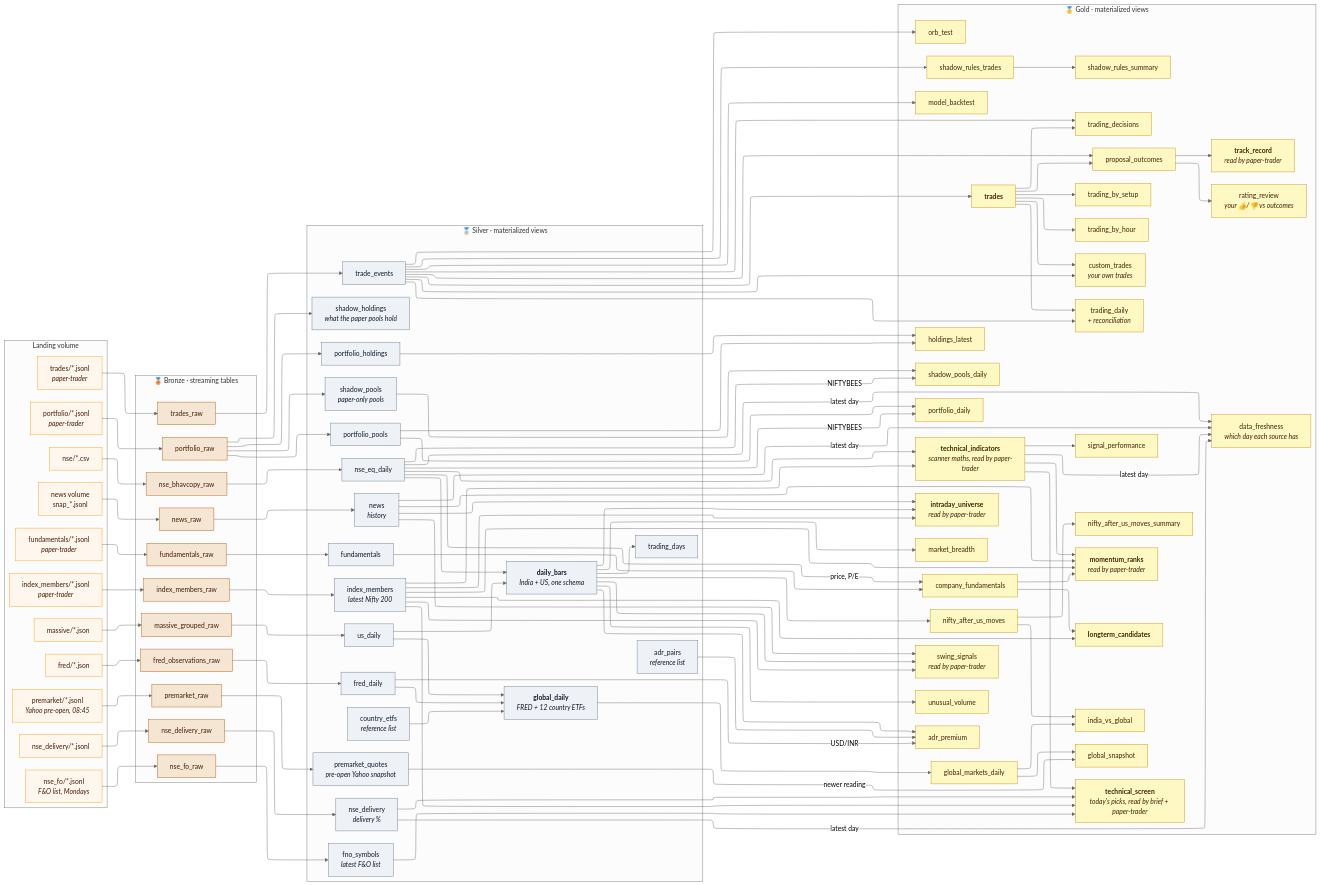
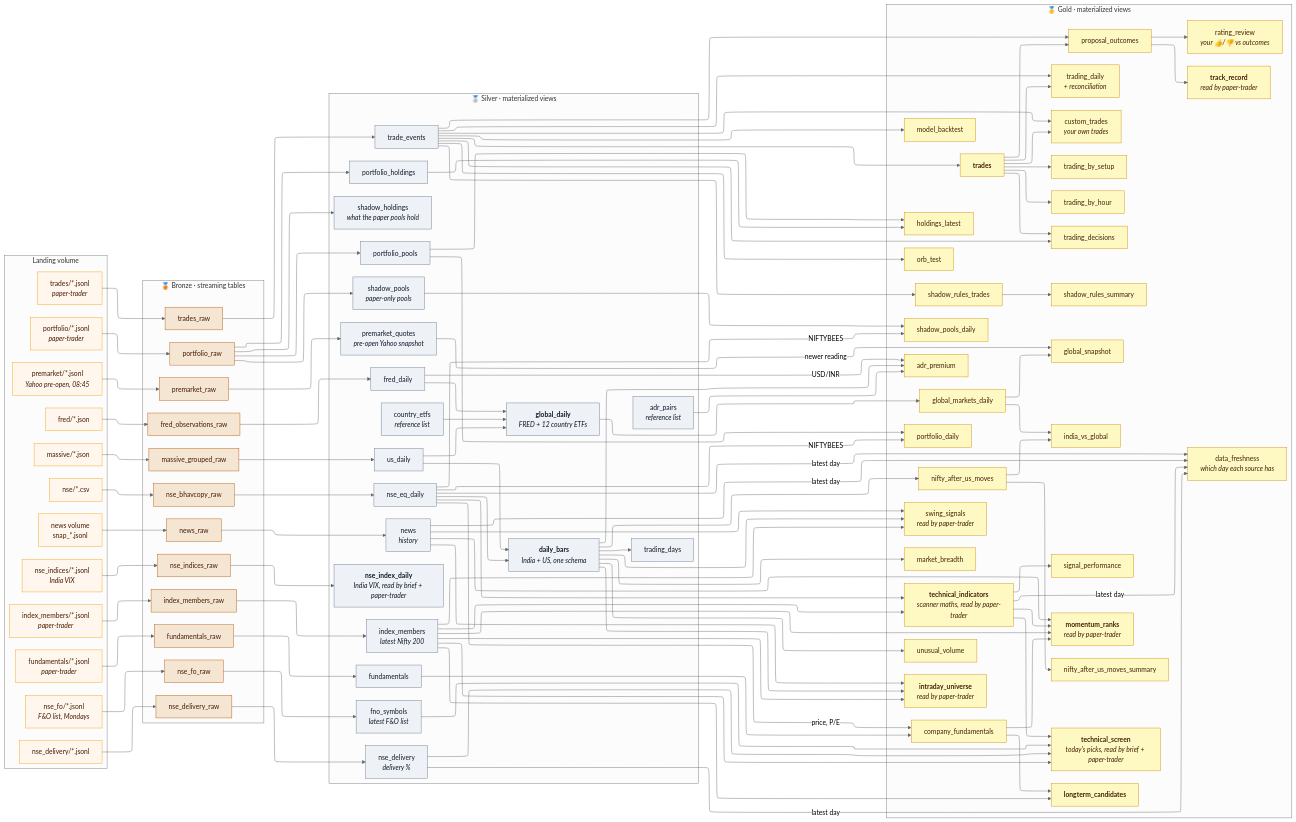
Before and after one commit to bumblebee26/stocks_lakehouse: the diagram in docs/diagrams/03_lineage.mmd, drawn with Mermaid (neutral theme). The commit also changed 19 other files, not shown here.

First line of the commit message:
Docs: NSE index file (India VIX), new paper-test labels and Intraday tables, shared plan (#66)

```diff
--- a/docs/diagrams/03_lineage.mmd
+++ b/docs/diagrams/03_lineage.mmd
@@ -1,173 +1,177 @@
 ---
 config:
   layout: elk
   elk:
     mergeEdges: false
     nodePlacementStrategy: NETWORK_SIMPLEX
 ---
 flowchart LR
     subgraph LAND["Landing volume"]
         direction TB
         LN["nse/*.csv"]
         LD["nse_delivery/*.jsonl"]
+        LX["nse_indices/*.jsonl<br/><i>India VIX</i>"]
         LO["nse_fo/*.jsonl<br/><i>F&amp;O list, Mondays</i>"]
         LM["massive/*.json"]
         LF["fred/*.json"]
         LY["premarket/*.jsonl<br/><i>Yahoo pre-open, 08:45</i>"]
         LT["trades/*.jsonl<br/><i>paper-trader</i>"]
         LP["portfolio/*.jsonl<br/><i>paper-trader</i>"]
         LU["fundamentals/*.jsonl<br/><i>paper-trader</i>"]
         LI["index_members/*.jsonl<br/><i>paper-trader</i>"]
         LW["news volume<br/>snap_*.jsonl"]
     end
 
     subgraph B["🥉 Bronze · streaming tables"]
         direction TB
         B1["nse_bhavcopy_raw"]
         B2["massive_grouped_raw"]
         B3["fred_observations_raw"]
         B4["trades_raw"]
         B5["portfolio_raw"]
         B6["fundamentals_raw"]
         B7["index_members_raw"]
         B8["news_raw"]
         B9["nse_delivery_raw"]
         B10["nse_fo_raw"]
         B11["premarket_raw"]
+        B12["nse_indices_raw"]
     end
 
     subgraph S["🥈 Silver · materialized views"]
         direction TB
         S1["nse_eq_daily"]
         S2["us_daily"]
         S3["<b>daily_bars</b><br/><i>India + US, one schema</i>"]
         S4["trading_days"]
         S5["fred_daily"]
         S6["<b>global_daily</b><br/><i>FRED + 12 country ETFs</i>"]
         S7["trade_events"]
         S8["portfolio_pools"]
         S9["portfolio_holdings"]
         S10["fundamentals"]
         S11["index_members<br/><i>latest Nifty 200</i>"]
         S12["news<br/><i>history</i>"]
         S13["country_etfs<br/><i>reference list</i>"]
         S14["adr_pairs<br/><i>reference list</i>"]
         S15["shadow_pools<br/><i>paper-only pools</i>"]
         S16["nse_delivery<br/><i>delivery %</i>"]
         S17["fno_symbols<br/><i>latest F&amp;O list</i>"]
         S18["shadow_holdings<br/><i>what the paper pools hold</i>"]
         S19["premarket_quotes<br/><i>pre-open Yahoo snapshot</i>"]
+        S20["<b>nse_index_daily</b><br/><i>India VIX, read by brief + paper-trader</i>"]
     end
 
     subgraph G["🥇 Gold · materialized views"]
         direction TB
         G1["unusual_volume"]
         G2["market_breadth"]
         G3["nifty_after_us_moves"]
         G4["nifty_after_us_moves_summary"]
         G5["adr_premium"]
         G6["global_markets_daily"]
         G7["global_snapshot"]
         G8["india_vs_global"]
         G9["<b>trades</b>"]
         G10["trading_daily<br/><i>+ reconciliation</i>"]
         G11["trading_by_setup"]
         G12["trading_by_hour"]
         G13["trading_decisions"]
         G14["portfolio_daily"]
         G15["holdings_latest"]
         G16["company_fundamentals"]
         G17["<b>longterm_candidates</b>"]
         G18["proposal_outcomes"]
         G19["<b>track_record</b><br/><i>read by paper-trader</i>"]
         G20["custom_trades<br/><i>your own trades</i>"]
         G21["<b>intraday_universe</b><br/><i>read by paper-trader</i>"]
         G22["swing_signals<br/><i>read by paper-trader</i>"]
         G23["shadow_pools_daily"]
         G24["<b>technical_indicators</b><br/><i>scanner maths, read by paper-trader</i>"]
         G25["<b>technical_screen</b><br/><i>today's picks, read by brief + paper-trader</i>"]
         G26["signal_performance"]
         G27["data_freshness<br/><i>which day each source has</i>"]
         G28["rating_review<br/><i>your 👍/👎 vs outcomes</i>"]
         G29["shadow_rules_trades"]
         G30["shadow_rules_summary"]
         G31["orb_test"]
         G32["model_backtest"]
         G33["<b>momentum_ranks</b><br/><i>read by paper-trader</i>"]
     end
 
     LN --> B1 --> S1 --> S3
     LM --> B2 --> S2 --> S3
     LF --> B3 --> S5 --> S6
     S2 --> S6
     S13 --> S6
     S3 --> S4
     S3 --> G1
     S3 --> G2
     S3 --> G3 --> G4
     S3 --> G5
     S14 --> G5
     S5 -- "USD/INR" --> G5
     S6 --> G6 --> G7
     LY --> B11 --> S19 -- "newer reading" --> G7
     G6 --> G8
     G3 --> G8
     LT --> B4 --> S7 --> G9
     G9 --> G10
     S7 --> G10
     G9 --> G11
     G9 --> G12
     G9 --> G13
     S7 --> G13
     S7 --> G18
     G9 --> G18 --> G19
     LP --> B5
     B5 --> S8
     B5 --> S9
     S8 --> G14
     S1 -- "NIFTYBEES" --> G14
     S9 --> G15
     S8 --> G15
     LU --> B6 --> S10 --> G16
     S1 -- "price, P/E" --> G16
     LI --> B7 --> S11 --> G17
     G16 --> G17
     LW --> B8 --> S12
     G9 --> G20
     S7 --> G20
     B5 --> S15 --> G23
     S1 -- "NIFTYBEES" --> G23
     S3 --> G21
     S11 --> G21
     S12 --> G21
     S3 --> G22
     S11 --> G22
     S12 --> G22
     LD --> B9 --> S16
     LO --> B10 --> S17
+    LX --> B12 --> S20
     S1 --> G24
     S11 --> G24
     G24 --> G25
     S11 --> G25
     S16 --> G25
     S17 --> G25
     G24 --> G26
     S1 & S16 & S12 & G24 -- "latest day" --> G27
     B5 --> S18
     G18 --> G28
     S7 --> G29 --> G30
     S7 --> G31
     S7 --> G32
     G24 --> G33
     G16 --> G33
     S11 --> G33
     S12 --> G33
 
     classDef land fill:#fff7ed,stroke:#f59e0b,color:#451a03
     classDef bronze fill:#f5e6d3,stroke:#b45309,color:#451a03
     classDef silver fill:#eef2f6,stroke:#64748b,color:#0f172a
     classDef gold fill:#fef9c3,stroke:#ca8a04,color:#422006
-    class LN,LD,LO,LM,LF,LY,LT,LP,LU,LI,LW land
-    class B1,B2,B3,B4,B5,B6,B7,B8,B9,B10,B11 bronze
-    class S1,S2,S3,S4,S5,S6,S7,S8,S9,S10,S11,S12,S13,S14,S15,S16,S17,S18,S19 silver
+    class LN,LD,LX,LO,LM,LF,LY,LT,LP,LU,LI,LW land
+    class B1,B2,B3,B4,B5,B6,B7,B8,B9,B10,B11,B12 bronze
+    class S1,S2,S3,S4,S5,S6,S7,S8,S9,S10,S11,S12,S13,S14,S15,S16,S17,S18,S19,S20 silver
     class G1,G2,G3,G4,G5,G6,G7,G8,G9,G10,G11,G12,G13,G14,G15,G16,G17,G18,G19,G20,G21,G22,G23,G24,G25,G26,G27,G28,G29,G30,G31,G32,G33 gold
```
